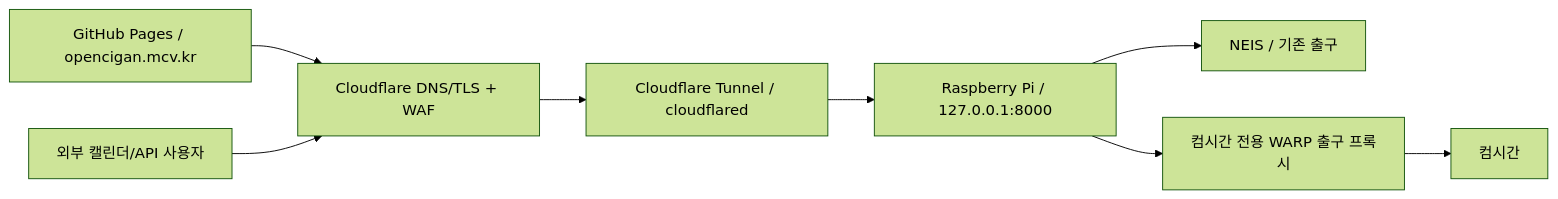
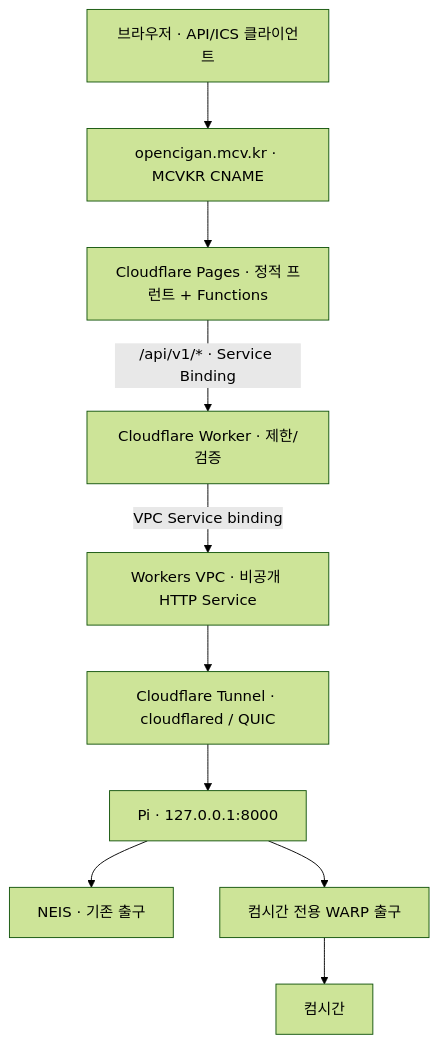
Before and after one commit to Transient-Onlooker/opencigan: the diagram in docs/cloudflare-tunnel-rollout.md, drawn with Mermaid (forest theme). The commit also changed other lines of this file and 3 other files, not shown here.

Commit message:
docs: use Pages and Workers VPC for third-party MCVKR domain

````diff
--- a/docs/cloudflare-tunnel-rollout.md
+++ b/docs/cloudflare-tunnel-rollout.md
@@ -7,10 +7,12 @@
 ```mermaid
-flowchart LR
-    Web["GitHub Pages / opencigan.mcv.kr"] --> Edge["Cloudflare DNS/TLS + WAF"]
-    Other["외부 캘린더/API 사용자"] --> Edge
-    Edge --> Tunnel["Cloudflare Tunnel / cloudflared"]
-    Tunnel --> Pi["Raspberry Pi / 127.0.0.1:8000"]
-    Pi --> NEIS["NEIS / 기존 출구"]
-    Pi --> Proxy["컴시간 전용 WARP 출구 프록시"]
-    Proxy --> Comcigan["컴시간"]
+flowchart TD
+  User["브라우저 · API/ICS 클라이언트"] --> Host["opencigan.mcv.kr · MCVKR CNAME"]
+  Host --> Pages["Cloudflare Pages · 정적 프런트 + Functions"]
+  Pages -->|/api/v1/* · Service Binding| Worker["Cloudflare Worker · 제한/검증"]
+  Worker -->|VPC Service binding| VPC["Workers VPC · 비공개 HTTP Service"]
+  VPC --> Tunnel["Cloudflare Tunnel · cloudflared / QUIC"]
+  Tunnel --> Pi["Pi · 127.0.0.1:8000"]
+  Pi --> NEIS["NEIS · 기존 출구"]
+  Pi --> WARP["컴시간 전용 WARP 출구"]
+  WARP --> Comcigan["컴시간"]
 ```
````
